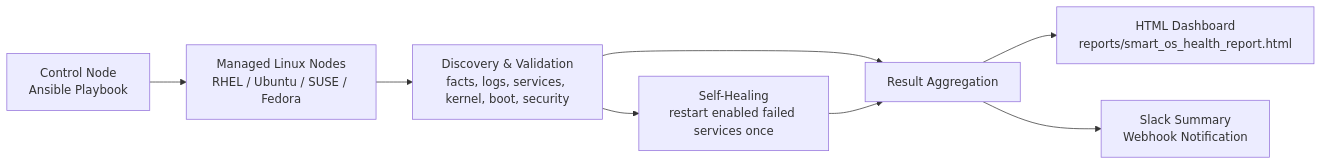
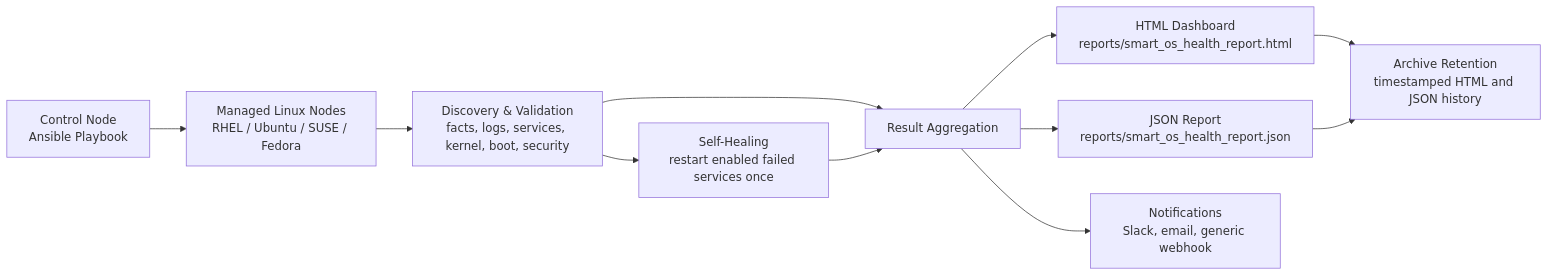
One commit to sameeralam3127/linux-vitals changed the diagram in README.md. Above: the diagram before and after it, drawn with Mermaid. The commit also changed other lines of this file, not shown here.

````diff
--- a/README.md
+++ b/README.md
@@ -49,10 +56,13 @@
 ```mermaid
 flowchart LR
     A["Control Node<br/>Ansible Playbook"] --> B["Managed Linux Nodes<br/>RHEL / Ubuntu / SUSE / Fedora"]
     B --> C["Discovery & Validation<br/>facts, logs, services, kernel, boot, security"]
     C --> D["Self-Healing<br/>restart enabled failed services once"]
     C --> E["Result Aggregation"]
     D --> E["Result Aggregation"]
     E --> F["HTML Dashboard<br/>reports/smart_os_health_report.html"]
-    E --> G["Slack Summary<br/>Webhook Notification"]
+    E --> G["JSON Report<br/>reports/smart_os_health_report.json"]
+    F --> H["Archive Retention<br/>timestamped HTML and JSON history"]
+    G --> H
+    E --> I["Notifications<br/>Slack, email, generic webhook"]
 ```
````
